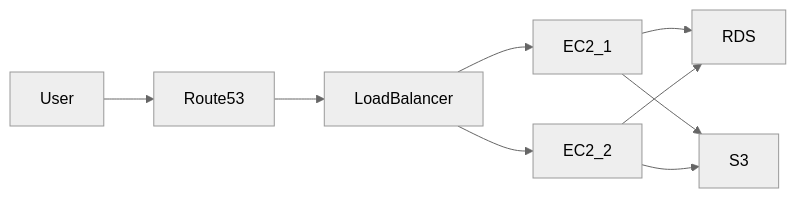
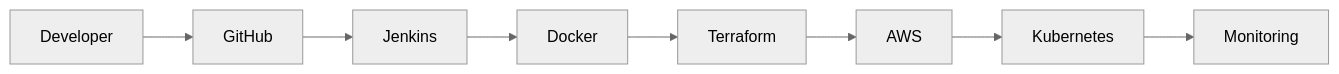
One commit to Balaji-R-web/Balaji-R-web changed the diagram in README.md. Above: the diagram before and after it, drawn with Mermaid (neutral theme). The commit also changed other lines of this file, not shown here.

````diff
--- a/README.md
+++ b/README.md
@@ -83,11 +90,10 @@
 ```mermaid
 flowchart LR
-    User --> Route53
-    Route53 --> LoadBalancer
-    LoadBalancer --> EC2_1
-    LoadBalancer --> EC2_2
-    EC2_1 --> RDS
-    EC2_2 --> RDS
-    EC2_1 --> S3
-    EC2_2 --> S3
+    Developer --> GitHub
+    GitHub --> Jenkins
+    Jenkins --> Docker
+    Docker --> Terraform
+    Terraform --> AWS
+    AWS --> Kubernetes
+    Kubernetes --> Monitoring
 ```
````
